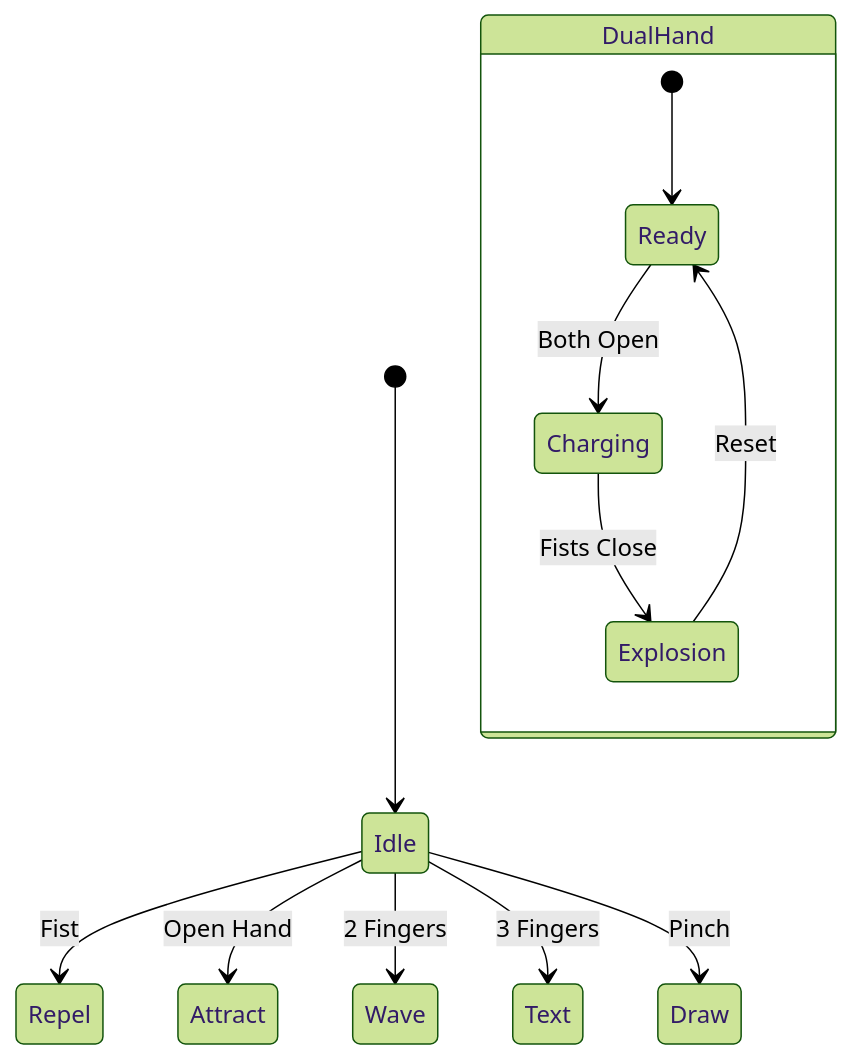
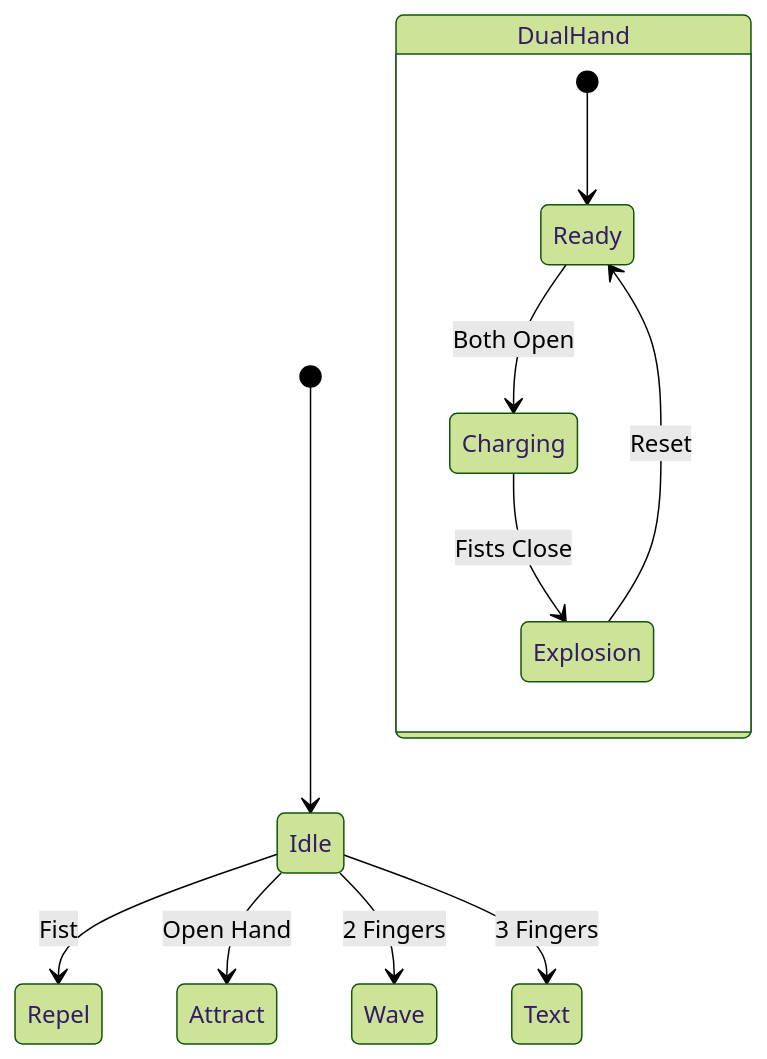
Before and after one commit to Ahmad-Abudllah-Ahmad/real-time-hand-gestures-: the third of 3 diagrams in README.md, drawn with Mermaid (forest theme). The commit also changed other lines of this file, not shown here.

Commit message:
Docs: Fixed Mermaid syntax error and removed deprecated Pinch/Draw gesture

````diff
--- a/README.md
+++ b/README.md
@@ -80,16 +77,15 @@
 ```mermaid
 stateDiagram-v2
     [*] --> Idle
     Idle --> Repel: Fist
     Idle --> Attract: Open Hand
     Idle --> Wave: 2 Fingers
     Idle --> Text: 3 Fingers
-    Idle --> Draw: Pinch
     
     state DualHand {
         [*] --> Ready
         Ready --> Charging: Both Open
         Charging --> Explosion: Fists Close
         Explosion --> Ready: Reset
     }
 ```
````
